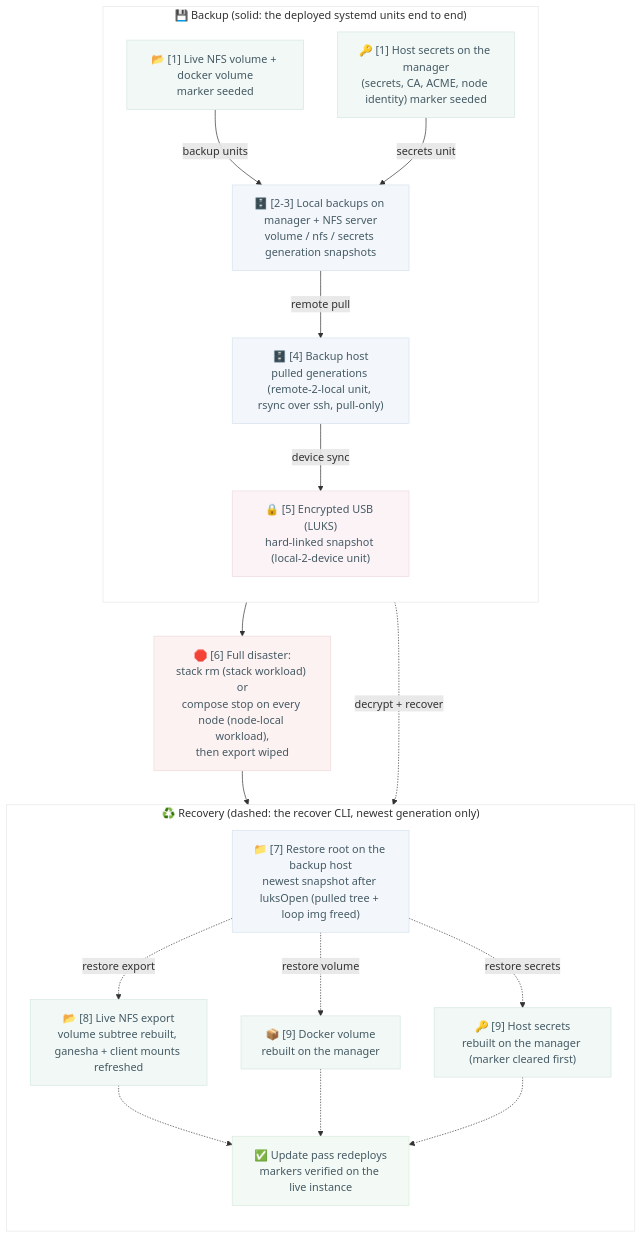
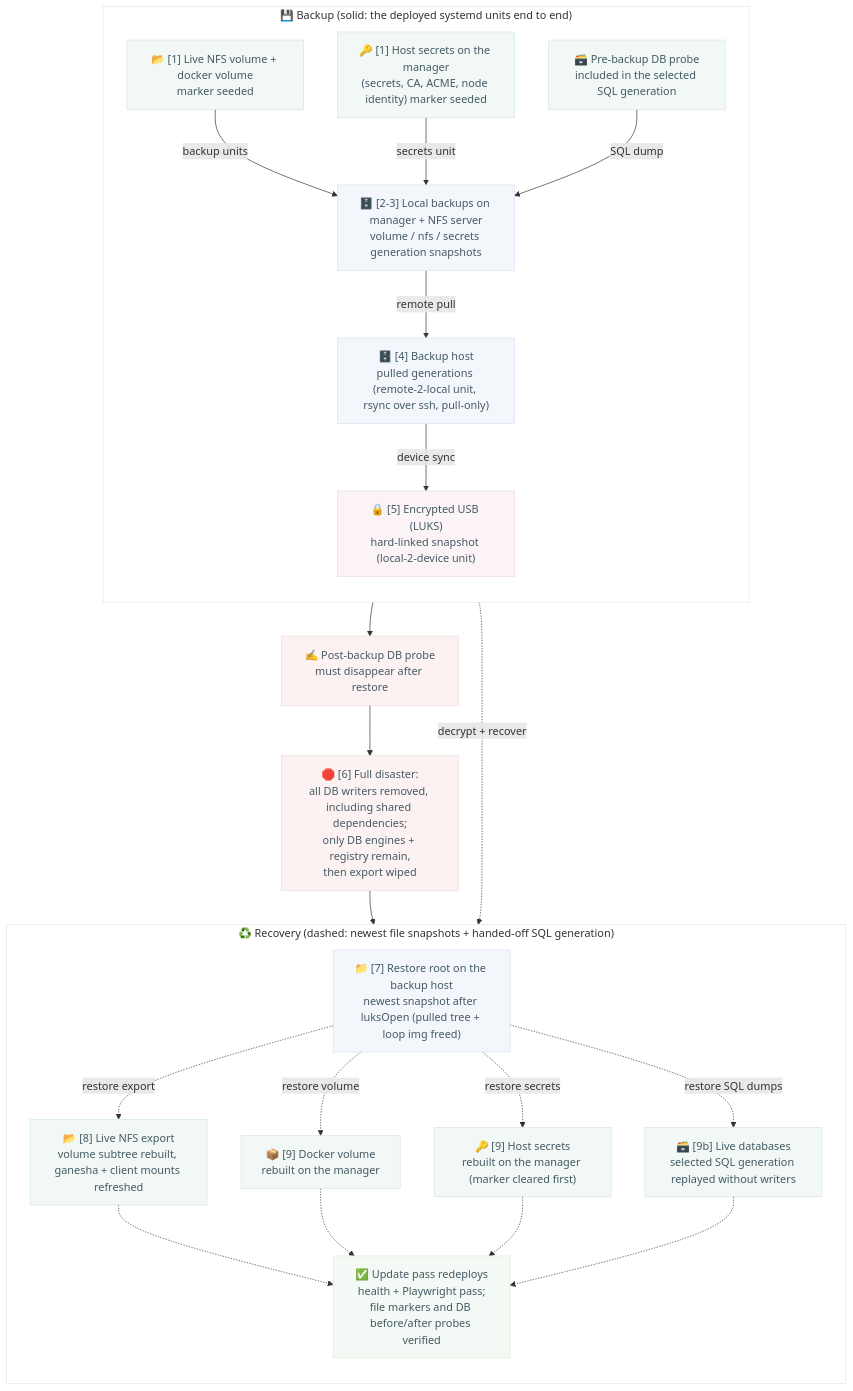
Before and after one commit to infinito-nexus/core: the third of 3 diagrams in scripts/tests/deploy/swarm/routine/backup/README.md, drawn with Mermaid. The commit also changed other lines of this file and 11 other files, not shown here.

First line of the commit message:
fix(backup): quiesce swarm writers for restore

````diff
--- a/scripts/tests/deploy/swarm/routine/backup/README.md
+++ b/scripts/tests/deploy/swarm/routine/backup/README.md
@@ -61,42 +90,48 @@
 ```mermaid
 flowchart TB
     subgraph forward["💾 Backup (solid: the deployed systemd units end to end)"]
         direction TB
         vol["📂 [1] Live NFS volume + docker volume<br/>marker seeded"]:::live
         sec["🔑 [1] Host secrets on the manager<br/>(secrets, CA, ACME, node identity) marker seeded"]:::live
+        dbpre["🗃️ Pre-backup DB probe<br/>included in the selected SQL generation"]:::live
         localbkp["🗄️ [2-3] Local backups on manager + NFS server<br/>volume / nfs / secrets generation snapshots"]:::store
         pulled["🗄️ [4] Backup host<br/>pulled generations (remote-2-local unit, rsync over ssh, pull-only)"]:::store
         usb["🔒 [5] Encrypted USB (LUKS)<br/>hard-linked snapshot (local-2-device unit)"]:::device
         vol -->|backup units| localbkp
         sec -->|secrets unit| localbkp
+        dbpre -->|SQL dump| localbkp
         localbkp -->|remote pull| pulled -->|device sync| usb
     end
 
-    teardown["🛑 [6] Full disaster:<br/>stack rm (stack workload) or<br/>compose stop on every node (node-local workload),<br/>then export wiped"]:::dead
+    dbpost["✍️ Post-backup DB probe<br/>must disappear after restore"]:::dead
+    teardown["🛑 [6] Full disaster:<br/>all DB writers removed, including shared dependencies;<br/>only DB engines + registry remain,<br/>then export wiped"]:::dead
 
-    subgraph recovery["♻️ Recovery (dashed: the recover CLI, newest generation only)"]
+    subgraph recovery["♻️ Recovery (dashed: newest file snapshots + handed-off SQL generation)"]
         direction TB
         restored["📁 [7] Restore root on the backup host<br/>newest snapshot after luksOpen (pulled tree + loop img freed)"]:::store
         export["📂 [8] Live NFS export<br/>volume subtree rebuilt, ganesha + client mounts refreshed"]:::live
         volume["📦 [9] Docker volume<br/>rebuilt on the manager"]:::live
         secrets["🔑 [9] Host secrets<br/>rebuilt on the manager (marker cleared first)"]:::live
-        verified["✅ Update pass redeploys<br/>markers verified on the live instance"]:::ok
+        database["🗃️ [9b] Live databases<br/>selected SQL generation replayed without writers"]:::live
+        verified["✅ Update pass redeploys<br/>health + Playwright pass;<br/>file markers and DB before/after probes verified"]:::ok
         usb -.->|decrypt + recover| restored
         restored -.->|restore export| export
         restored -.->|restore volume| volume
         restored -.->|restore secrets| secrets
+        restored -.->|restore SQL dumps| database
         export -.-> verified
         volume -.-> verified
         secrets -.-> verified
+        database -.-> verified
     end
 
-    forward --> teardown --> recovery
+    forward --> dbpost --> teardown --> recovery
 
     classDef live fill:#f1f8f6,stroke:#d5e7e2,color:#455a64;
     classDef store fill:#f3f7fb,stroke:#d6e2ee,color:#455a64;
     classDef device fill:#fbf3f6,stroke:#eed9e2,color:#455a64;
     classDef dead fill:#fdf2f2,stroke:#eddada,color:#455a64;
     classDef ok fill:#f3f9f4,stroke:#d9ecdc,color:#455a64;
     style forward fill:#ffffff,stroke:#e6e6e6;
     style recovery fill:#ffffff,stroke:#e6e6e6;
 ```
````
